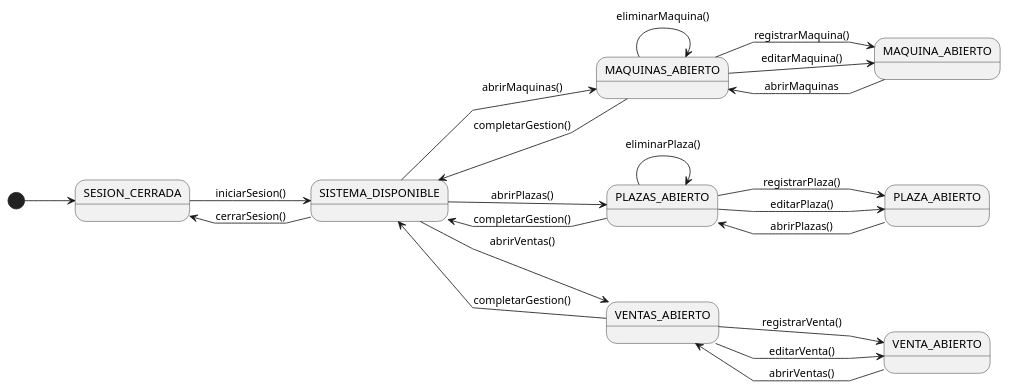
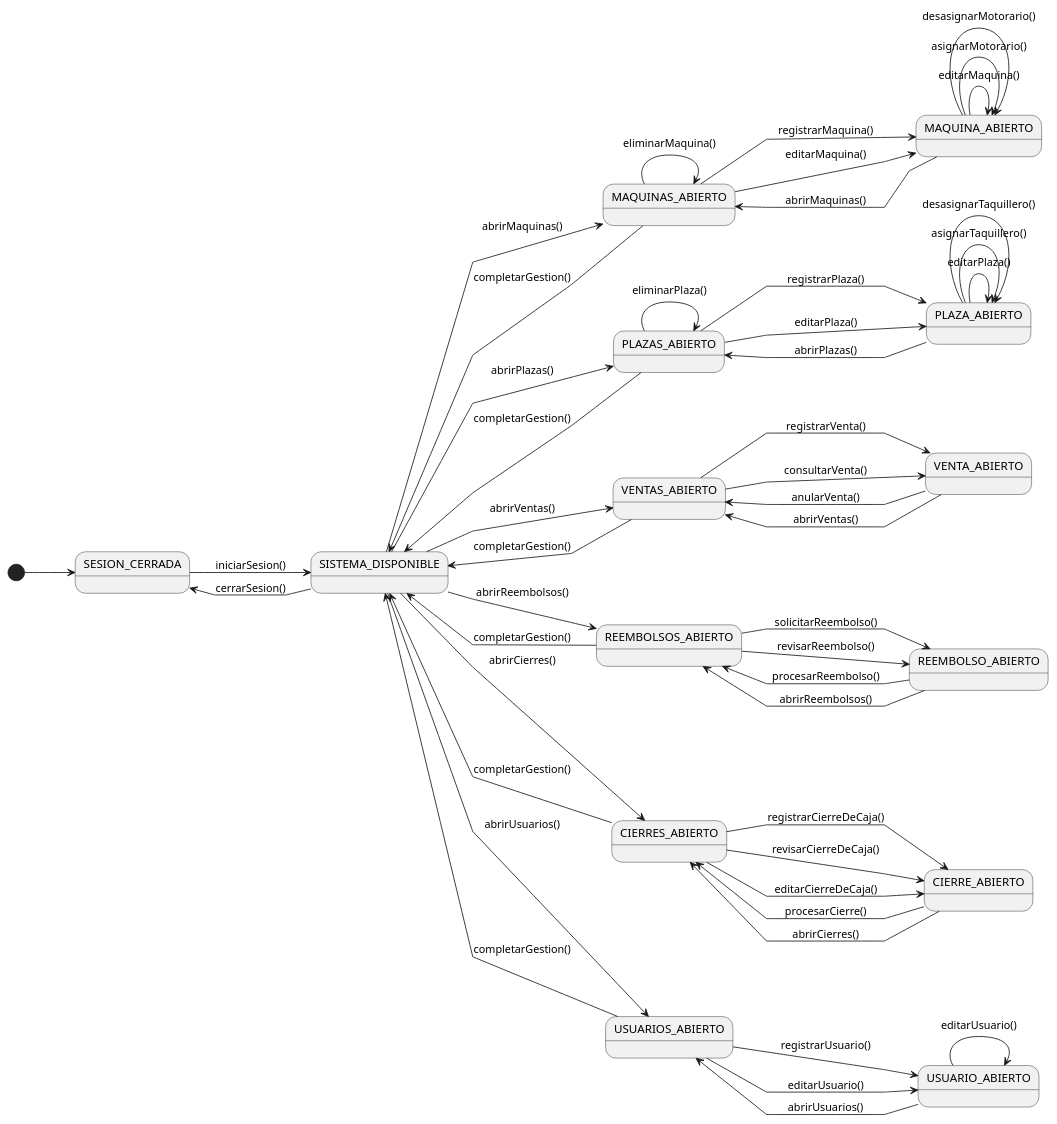
The diagram in UML/00-requisitos/01-actores_casosDeUso/02-diagramaDeContexto/diagrama-de-contexto-administrador.puml (aeRomeroz/pyTicketing), drawn with PlantUML before and after one commit.

Commit message:
docs: expandir y corregir diagrama de contexto con flujos de cierres, ventas y asignaciones

```diff
--- a/UML/00-requisitos/01-actores_casosDeUso/02-diagramaDeContexto/diagrama-de-contexto-administrador.puml
+++ b/UML/00-requisitos/01-actores_casosDeUso/02-diagramaDeContexto/diagrama-de-contexto-administrador.puml
@@ -1,57 +1,111 @@
 @startuml diagrama-contexto-administrador
 
 left to right direction
 skinparam linetype polyline
 
 state "SESION_CERRADA" as NoAuth
 state "SISTEMA_DISPONIBLE" as Menu
 
 state "MAQUINAS_ABIERTO" as ListMaquinas
 state "MAQUINA_ABIERTO" as EditMaquina
 
 state "PLAZAS_ABIERTO" as ListPlazas
 state "PLAZA_ABIERTO" As EditPlaza
 
 state "VENTAS_ABIERTO" as ListVentas
 state "VENTA_ABIERTO" as EditVenta
 
+state "REEMBOLSOS_ABIERTO" as ListReembolsos
+state "REEMBOLSO_ABIERTO" as EditReembolso
+
+state "CIERRES_ABIERTO" as ListCierres
+state "CIERRE_ABIERTO" as EditCierre
+
+state "USUARIOS_ABIERTO" as ListUsuarios
+state "USUARIO_ABIERTO" as EditUsuario
 
 
 [*] --> NoAuth
 
 NoAuth --> Menu : iniciarSesion()
+Menu --> NoAuth : cerrarSesion()
 
-Menu --> NoAuth : cerrarSesion()
+' Navegación desde el Menú Principal
 Menu --> ListMaquinas: abrirMaquinas()
 Menu --> ListPlazas: abrirPlazas()
 Menu --> ListVentas: abrirVentas()
+Menu --> ListCierres: abrirCierres()
+Menu --> ListReembolsos: abrirReembolsos()
+Menu --> ListUsuarios: abrirUsuarios()
 
 
-'MAQUINAS
+'MÓDULO: MÁQUINAS (Gestión y Asignación de Personal)
 ListMaquinas --> EditMaquina: registrarMaquina()
 ListMaquinas --> EditMaquina: editarMaquina()
 ListMaquinas --> ListMaquinas: eliminarMaquina()
 
-EditMaquina --> ListMaquinas : abrirMaquinas
+EditMaquina --> EditMaquina: editarMaquina()
+EditMaquina --> EditMaquina: asignarMotorario()
+EditMaquina --> EditMaquina: desasignarMotorario()
+EditMaquina --> ListMaquinas: abrirMaquinas()
 
 
-'PLAZAS
+' MÓDULO: PLAZAS (Gestión y Asignación de Control de Motorarios)
 ListPlazas --> EditPlaza: registrarPlaza()
 ListPlazas --> EditPlaza: editarPlaza()
 ListPlazas --> ListPlazas: eliminarPlaza()
 
+EditPlaza --> EditPlaza: editarPlaza()
+EditPlaza --> EditPlaza: asignarTaquillero()
+EditPlaza --> EditPlaza: desasignarTaquillero()
 EditPlaza --> ListPlazas: abrirPlazas()
 
-'VENTAS
+
+' MÓDULO: VENTAS (Integridad Contable)
 ListVentas --> EditVenta: registrarVenta()
-ListVentas -->  EditVenta: editarVenta()
+ListVentas -->  EditVenta: consultarVenta()
 
+EditVenta --> ListVentas: anularVenta()
 EditVenta --> ListVentas: abrirVentas()
 
 
+' MÓDULO: REEMBOLSOS
+ListReembolsos --> EditReembolso: solicitarReembolso()
+ListReembolsos --> EditReembolso: revisarReembolso()
+
+EditReembolso --> ListReembolsos: procesarReembolso()
+EditReembolso --> ListReembolsos: abrirReembolsos()
+
+
+' MÓDULO: CIERRES DE CAJA (Flujo de Auditoría)
+' Declaración inicial (Taquillero)
+ListCierres --> EditCierre: registrarCierreDeCaja()
+' Auditoría/Revisión (Supervisor)
+ListCierres --> EditCierre: revisarCierreDeCaja()
+' Corrección de rechazo (Taquillero)
+ListCierres --> EditCierre: editarCierreDeCaja()
+' Guardar decisión (Aprobar/Devolver)
+EditCierre --> ListCierres: procesarCierre()
+
+EditCierre --> ListCierres: abrirCierres()
+
+
+' MÓDULO: USUARIOS (Baja lógica integrada en Edición)
+ListUsuarios --> EditUsuario: registrarUsuario()
+ListUsuarios --> EditUsuario: editarUsuario()
+
+EditUsuario --> EditUsuario: editarUsuario()
+EditUsuario --> ListUsuarios: abrirUsuarios()
+
+
+'''''
 ListMaquinas --> Menu: completarGestion()
 ListPlazas --> Menu : completarGestion()
 ListVentas --> Menu : completarGestion()
+ListCierres --> Menu: completarGestion()
+ListReembolsos --> Menu: completarGestion()
+ListUsuarios --> Menu: completarGestion()
+
 
 
 @enduml
```
